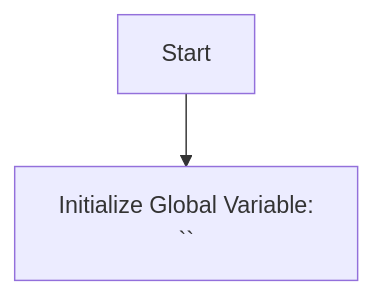
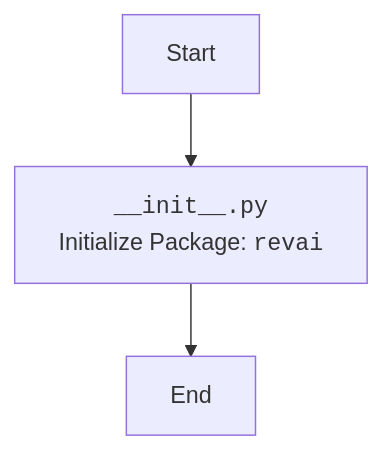
Before and after one commit to hypo69/hypo: the diagram in docs/gemini/ru/explainer/src/ai/revai/__init__.py.md, drawn with Mermaid. The commit also changed other lines of this file and 1505 other files, not shown here.

````diff
--- a/docs/gemini/ru/explainer/src/ai/revai/__init__.py.md
+++ b/docs/gemini/ru/explainer/src/ai/revai/__init__.py.md
@@ -11,4 +23,5 @@
 ```mermaid
 flowchart TD
-    Start --> InitializeMode[Initialize Global Variable:<br> ``]
+    Start --> Init[<code>__init__.py</code><br> Initialize Package: <code>revai</code>];
+    Init --> End;
 ```
````
